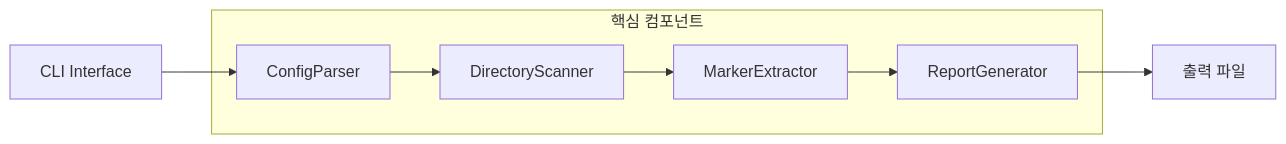
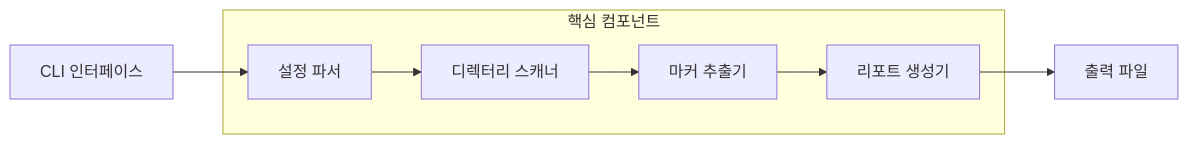
One commit to SleighMaster99/TODOExtractor changed the second of 4 diagrams in docs/architecture.md. Above: the diagram before and after it, drawn with Mermaid. The commit also changed other lines of this file and 1 other file, not shown here.

````diff
--- a/docs/architecture.md
+++ b/docs/architecture.md
@@ -202,15 +202,15 @@
 ```mermaid
 graph LR
     subgraph Core["핵심 컴포넌트"]
-        CP[ConfigParser]
-        DS[DirectoryScanner]
-        ME[MarkerExtractor]
-        RG[ReportGenerator]
+        CP[설정 파서]
+        DS[디렉터리 스캐너]
+        ME[마커 추출기]
+        RG[리포트 생성기]
     end
 
-    CLI[CLI Interface] --> CP
+    CLI[CLI 인터페이스] --> CP
     CP --> DS
     DS --> ME
     ME --> RG
     RG --> Output[출력 파일]
 ```
````
